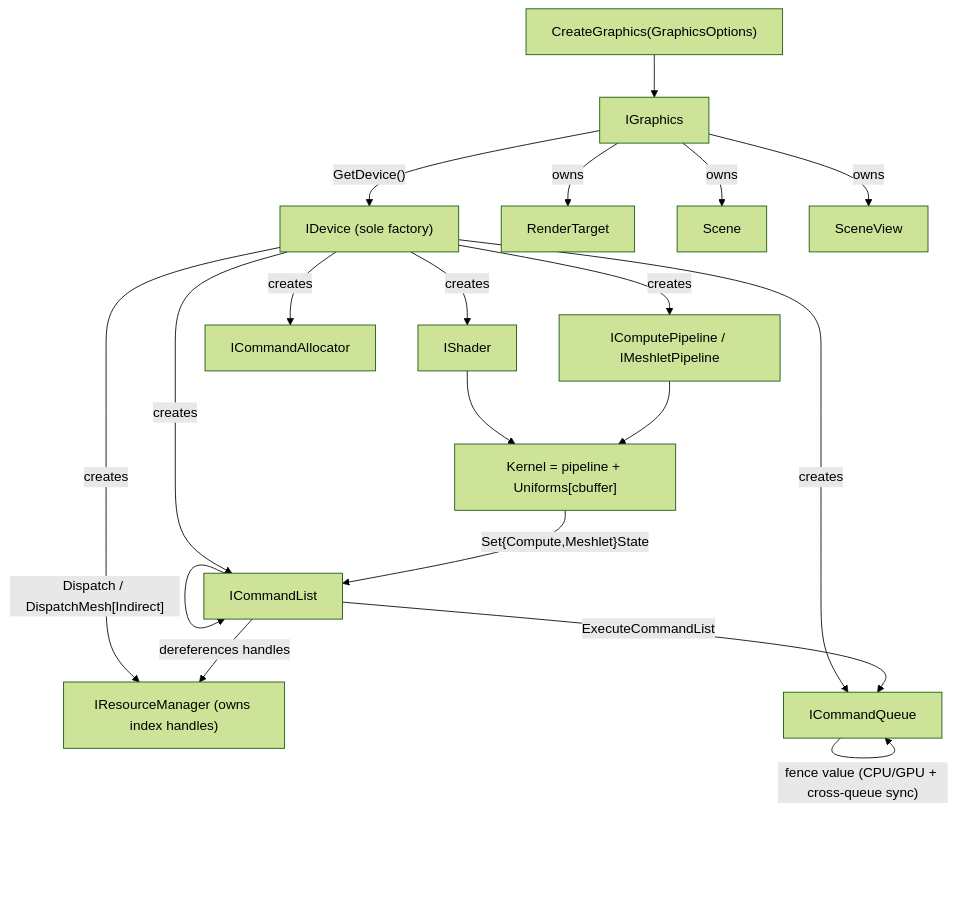
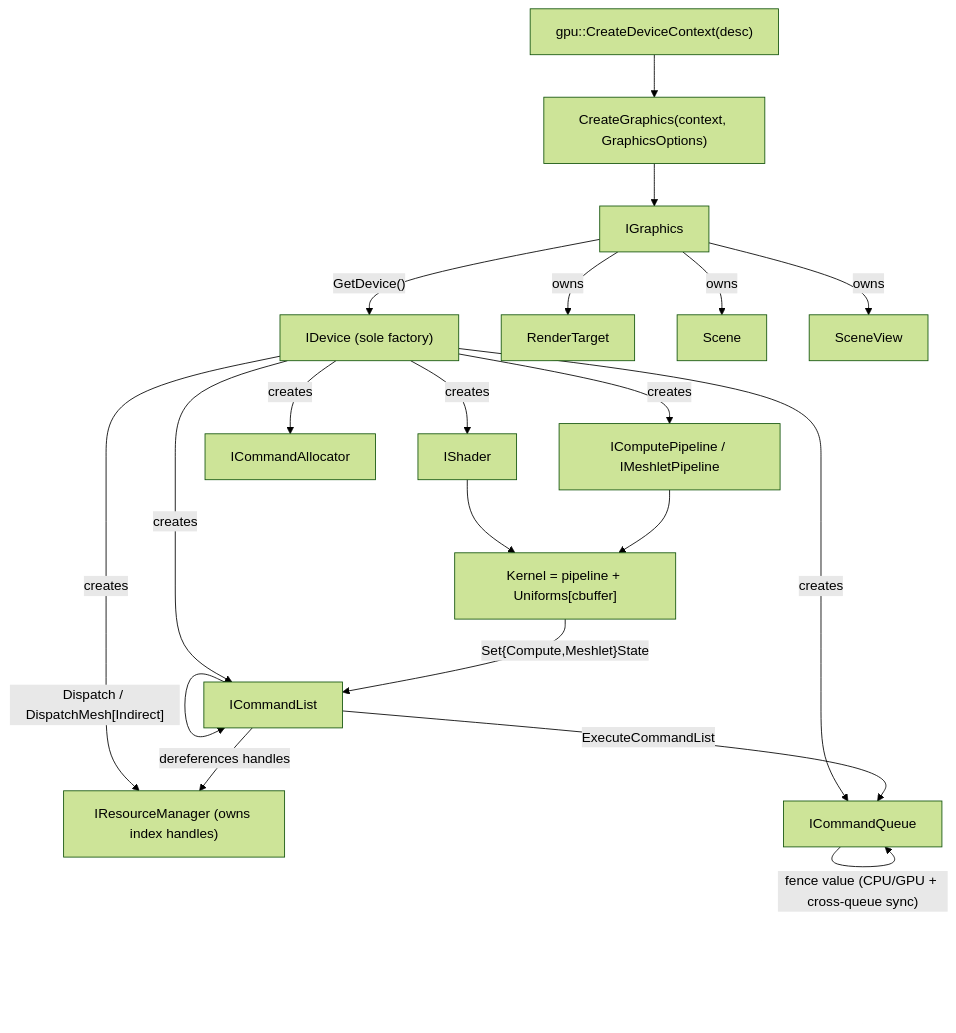
Before and after one commit to alexjiang200407/bernini: the diagram in docs/rhi.md, drawn with Mermaid (forest theme). The commit also changed other lines of this file and 195 other files, not shown here.

````diff
--- a/docs/rhi.md
+++ b/docs/rhi.md
@@ -237,25 +237,26 @@
 ```mermaid
 flowchart TD
-    CG["CreateGraphics(GraphicsOptions)"] --> IG[IGraphics]
+    DC["gpu::CreateDeviceContext(desc)"] --> CG["CreateGraphics(context, GraphicsOptions)"]
+    CG --> IG[IGraphics]
     IG -- "GetDevice()" --> DEV["IDevice (sole factory)"]
 
     IG -- owns --> RT[RenderTarget]
     IG -- owns --> SC[Scene]
     IG -- owns --> SV[SceneView]
 
     DEV -- creates --> SH[IShader]
     DEV -- creates --> PIPE["IComputePipeline / IMeshletPipeline"]
     DEV -- creates --> CQ[ICommandQueue]
     DEV -- creates --> CL[ICommandList]
     DEV -- creates --> CA[ICommandAllocator]
     DEV -- creates --> RM["IResourceManager (owns index handles)"]
 
     SH --> KERNEL["Kernel = pipeline + Uniforms[cbuffer]"]
     PIPE --> KERNEL
 
     KERNEL -- "Set{Compute,Meshlet}State" --> CL
     CL -- "Dispatch / DispatchMesh[Indirect]" --> CL
     CL -- ExecuteCommandList --> CQ
     CQ -- "fence value (CPU/GPU + cross-queue sync)" --> CQ
     CL -- "dereferences handles" --> RM
 ```
````
